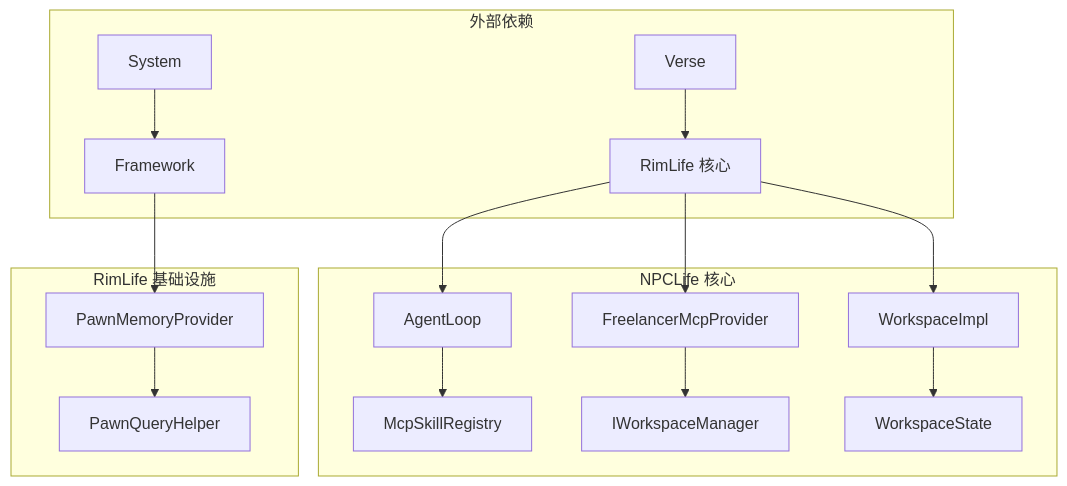
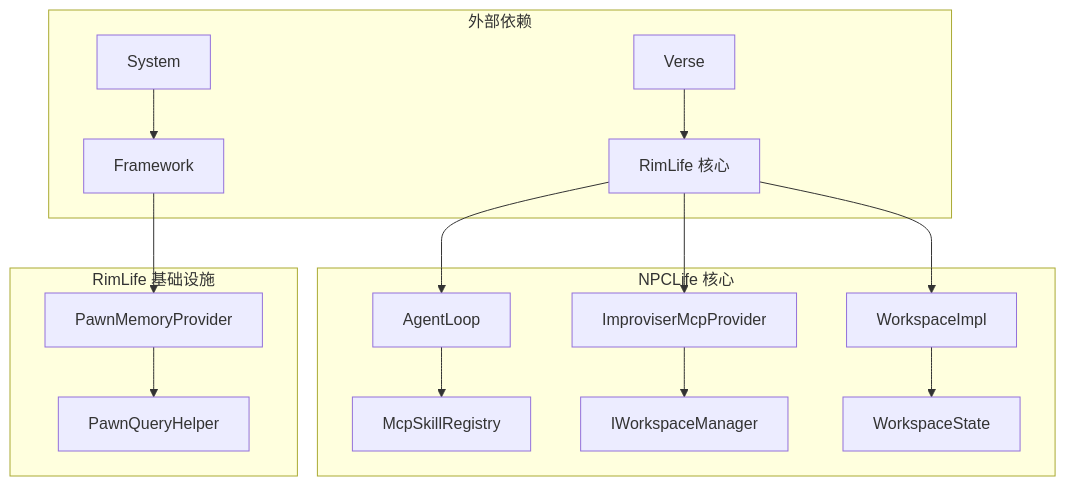
Before and after one commit to suzvka/RimLife: the seventh of 7 diagrams in .qoder/repowiki/zh/content/智能叙事系统/自由职业者代理系统.md, drawn with Mermaid. The commit also changed other lines of this file and 26 other files, not shown here.

````diff
--- a/.qoder/repowiki/zh/content/智能叙事系统/自由职业者代理系统.md
+++ b/.qoder/repowiki/zh/content/智能叙事系统/自由职业者代理系统.md
@@ -309,19 +321,19 @@
 ```mermaid
 graph TB
 subgraph "外部依赖"
 A[Verse] --> B[RimLife 核心]
 C[System] --> D[Framework]
 end
 subgraph "NPCLife 核心"
 E[AgentLoop] --> F[McpSkillRegistry]
-G[FreelancerMcpProvider] --> H[IWorkspaceManager]
+G[ImproviserMcpProvider] --> H[IWorkspaceManager]
 I[WorkspaceImpl] --> J[WorkspaceState]
 end
 subgraph "RimLife 基础设施"
 K[PawnMemoryProvider] --> L[PawnQueryHelper]
 end
 B --> E
 B --> G
 B --> I
 D --> K
 ```
````
